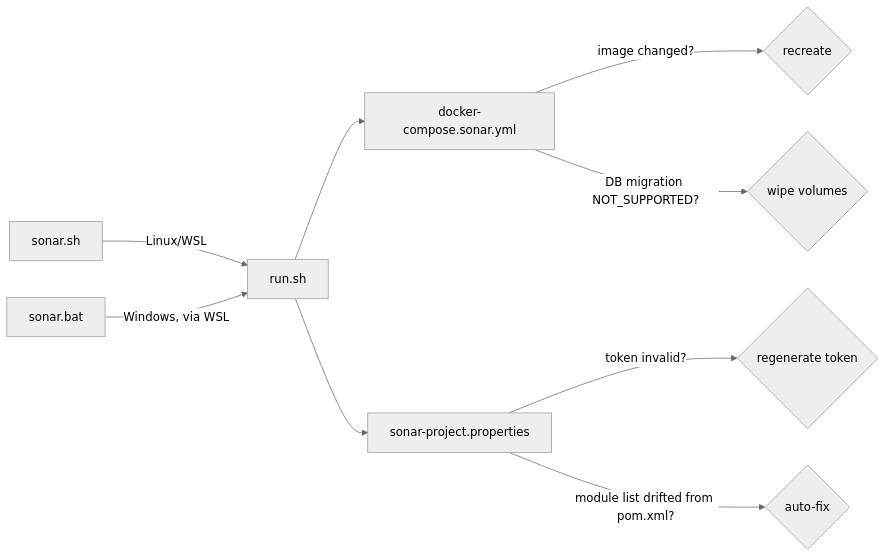
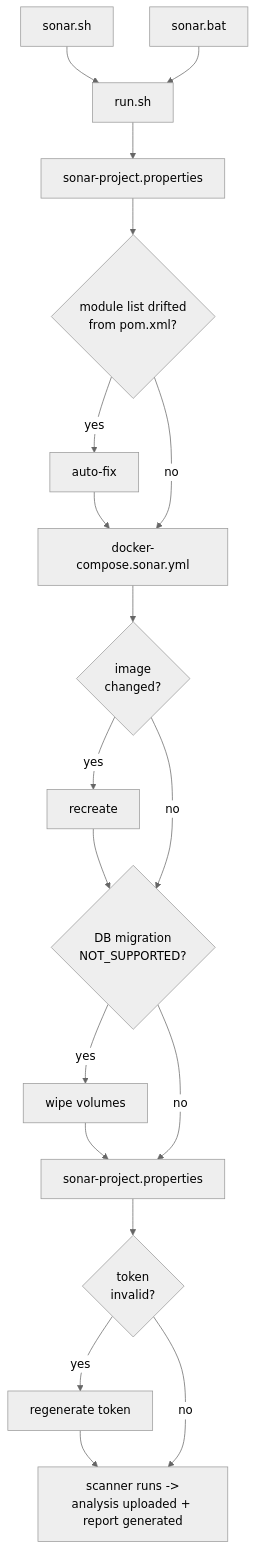
Before and after one commit to OstMutant/Advertisement: the diagram in scripts/sonar/README.md, drawn with Mermaid (neutral theme). The commit also changed other lines of this file and 5 other files, not shown here.

First line of the commit message:
feat(infra-doc-standards): flowchart diagram rules (ISO 5807 diamonds, no dead ends, direction/compactness), README tool-intro convention

````diff
--- a/scripts/sonar/README.md
+++ b/scripts/sonar/README.md
@@ -18,11 +21,17 @@
 ```mermaid
-flowchart LR
-    A1[sonar.sh] -->|Linux/WSL| B[run.sh]
-    A2[sonar.bat] -->|Windows, via WSL| B
-    B --> C[docker-compose.sonar.yml]
-    C -->|image changed?| D{recreate}
-    C -->|DB migration NOT_SUPPORTED?| E{wipe volumes}
-    B --> F[sonar-project.properties]
-    F -->|token invalid?| G{regenerate token}
-    F -->|module list drifted from pom.xml?| H{auto-fix}
+flowchart TD
+    A1[sonar.sh] --> B[run.sh]
+    A2[sonar.bat] --> B
+    B --> F1[sonar-project.properties]
+    F1 --> H{"module list drifted<br/>from pom.xml?"}
+    H -->|yes| H1[auto-fix] --> C
+    H -->|no| C[docker-compose.sonar.yml]
+    C --> D{"image<br/>changed?"}
+    D -->|yes| D1[recreate] --> E
+    D -->|no| E{"DB migration<br/>NOT_SUPPORTED?"}
+    E -->|yes| E1[wipe volumes] --> F2
+    E -->|no| F2[sonar-project.properties]
+    F2 --> G{"token<br/>invalid?"}
+    G -->|yes| G1[regenerate token] --> Z
+    G -->|no| Z["scanner runs -><br/>analysis uploaded + report generated"]
 ```
````
